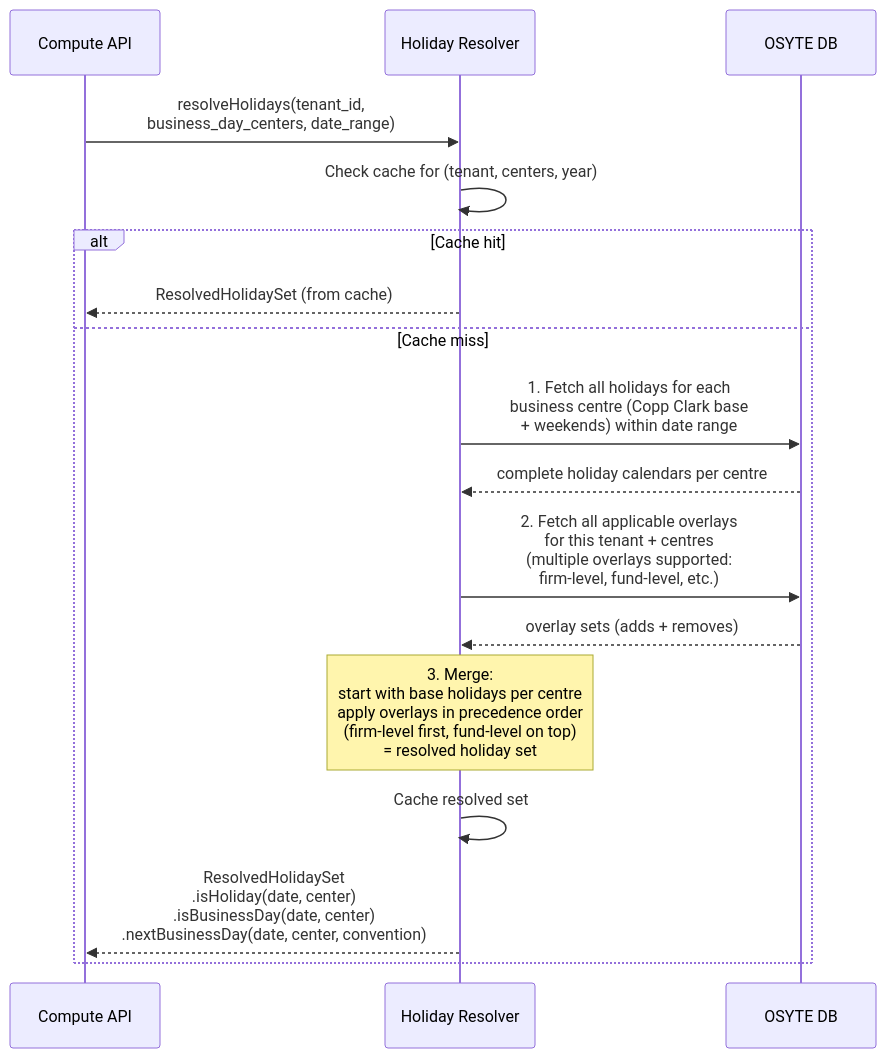
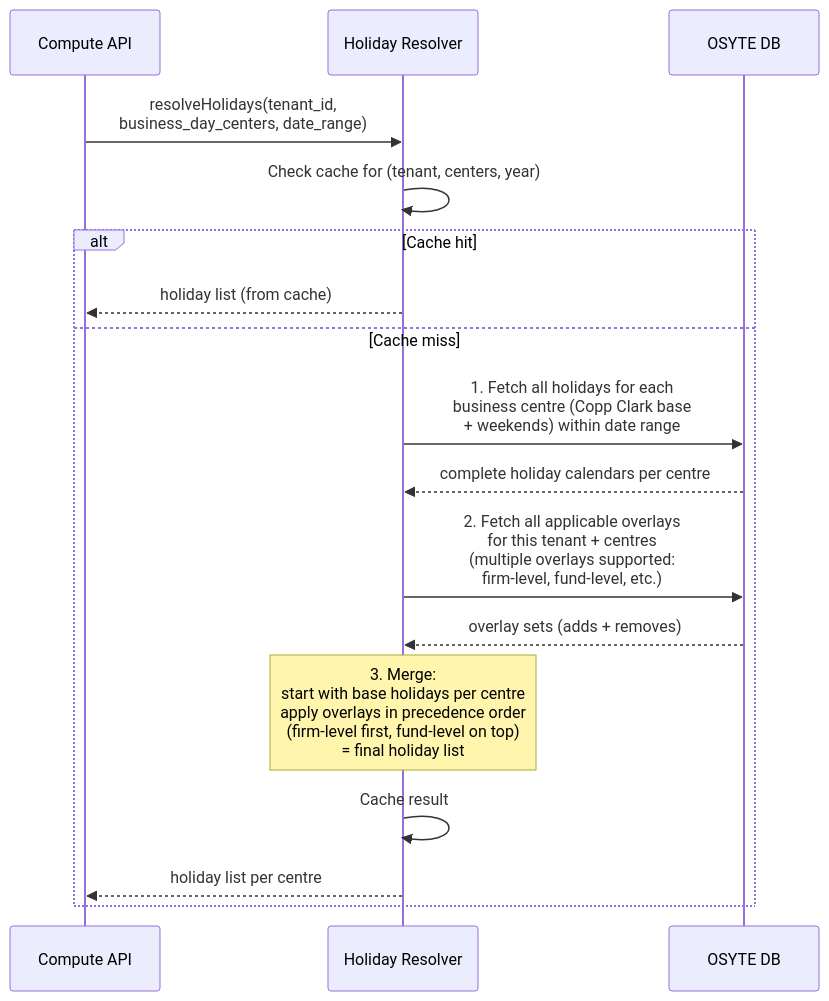
One commit to Ashu290905/OSYTE changed the first of 4 diagrams in lcs-main/docs/architecture.md. Above: the diagram before and after it, drawn with Mermaid. The commit also changed other lines of this file, not shown here.

First line of the commit message:
Holiday Resolver returns holiday list, /compute is shared entry point

````diff
--- a/lcs-main/docs/architecture.md
+++ b/lcs-main/docs/architecture.md
@@ -60,26 +53,26 @@
 ```mermaid
 sequenceDiagram
     participant Caller as Compute API
     participant HR as Holiday Resolver
     participant DB as OSYTE DB
 
     Caller->>HR: resolveHolidays(tenant_id,<br/>business_day_centers, date_range)
 
     HR->>HR: Check cache for (tenant, centers, year)
 
     alt Cache hit
-        HR-->>Caller: ResolvedHolidaySet (from cache)
+        HR-->>Caller: holiday list (from cache)
     else Cache miss
         HR->>DB: 1. Fetch all holidays for each<br/>business centre (Copp Clark base<br/>+ weekends) within date range
         DB-->>HR: complete holiday calendars per centre
 
         HR->>DB: 2. Fetch all applicable overlays<br/>for this tenant + centres<br/>(multiple overlays supported:<br/>firm-level, fund-level, etc.)
         DB-->>HR: overlay sets (adds + removes)
 
-        Note over HR: 3. Merge:<br/>start with base holidays per centre<br/>apply overlays in precedence order<br/>(firm-level first, fund-level on top)<br/>= resolved holiday set
+        Note over HR: 3. Merge:<br/>start with base holidays per centre<br/>apply overlays in precedence order<br/>(firm-level first, fund-level on top)<br/>= final holiday list
 
-        HR->>HR: Cache resolved set
+        HR->>HR: Cache result
 
-        HR-->>Caller: ResolvedHolidaySet<br/>.isHoliday(date, center)<br/>.isBusinessDay(date, center)<br/>.nextBusinessDay(date, center, convention)
+        HR-->>Caller: holiday list per centre
     end
 ```
````
